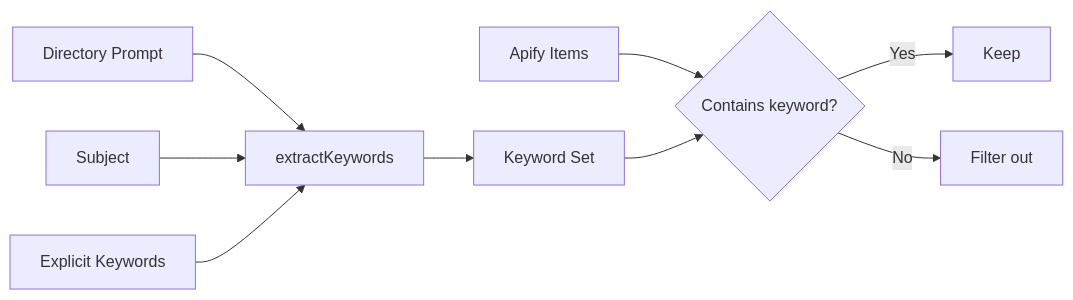
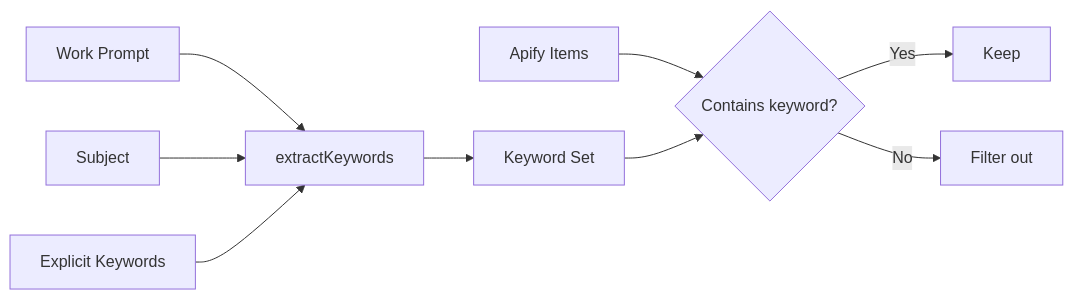
One commit to ever-works/ever-works changed the third of 3 diagrams in docs/plugin-system/apify-plugin.md. Above: the diagram before and after it, drawn with Mermaid. The commit also changed other lines of this file and 395 other files, not shown here.

````diff
--- a/docs/plugin-system/apify-plugin.md
+++ b/docs/plugin-system/apify-plugin.md
@@ -163,11 +163,11 @@
 ```mermaid
 flowchart LR
-    A[Directory Prompt] --> B[extractKeywords]
+    A[Work Prompt] --> B[extractKeywords]
     C[Subject] --> B
     D[Explicit Keywords] --> B
     B --> E[Keyword Set]
     F[Apify Items] --> G{Contains keyword?}
     E --> G
     G -->|Yes| H[Keep]
     G -->|No| I[Filter out]
 ```
````
